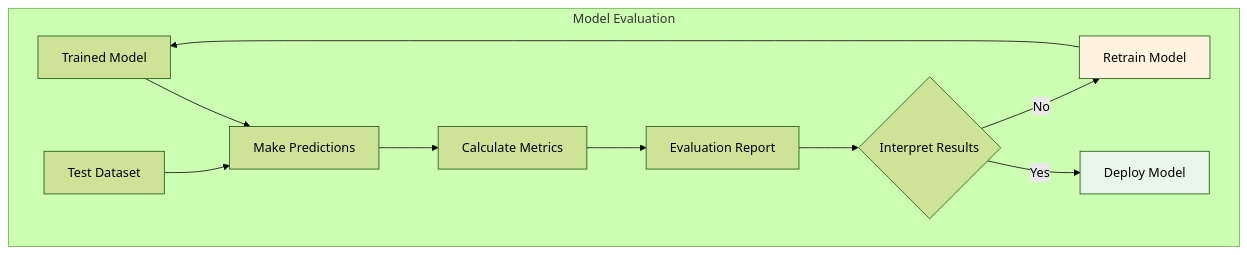
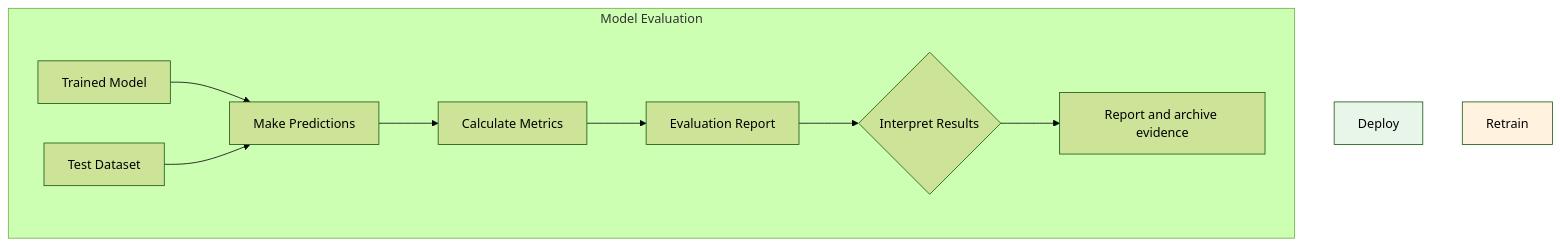
Before and after one commit to Evintkoo/2048-ml: the first of 8 diagrams in plans/05-Model/04-Evaluation/01-model-evaluation.md, drawn with Mermaid (forest theme). The commit also changed other lines of this file and 67 other files, not shown here.

````diff
--- a/plans/05-Model/04-Evaluation/01-model-evaluation.md
+++ b/plans/05-Model/04-Evaluation/01-model-evaluation.md
@@ -22,18 +22,16 @@
 ```mermaid
 flowchart TD
     subgraph "Model Evaluation"
         Model[Trained Model]
         Test[Test Dataset]
         Model --> Predict[Make Predictions]
         Test --> Predict
         Predict --> Metrics[Calculate Metrics]
         Metrics --> Report[Evaluation Report]
         Report --> Decision{Interpret Results}
-        Decision --> |Yes| Deploy[Deploy Model]
-        Decision --> |No| Retrain[Retrain Model]
-        Retrain --> Model
+        Decision --> Archive[Report and archive evidence]
     end
     
     style Deploy fill:#e8f5e9
     style Retrain fill:#fff3e0
 ```
````
